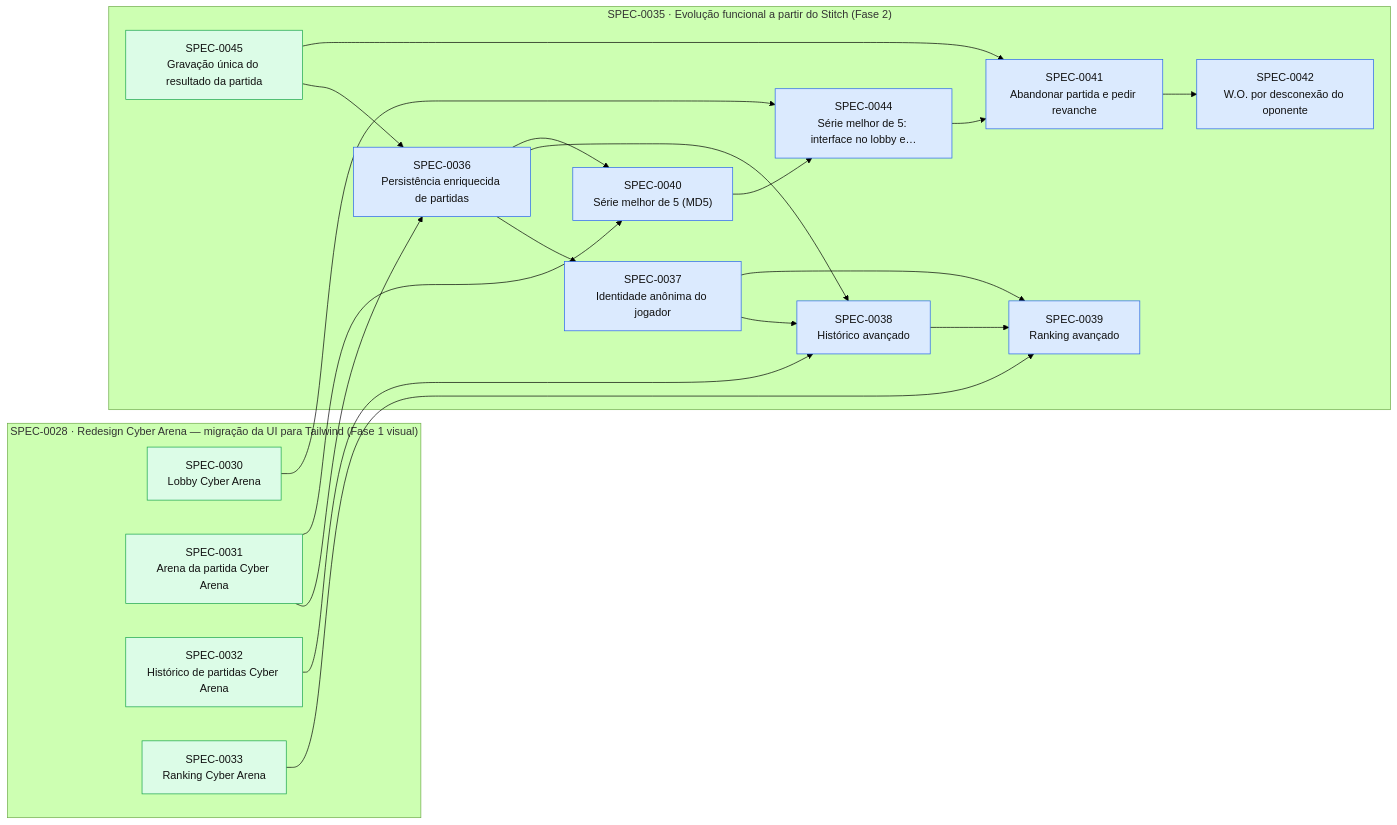
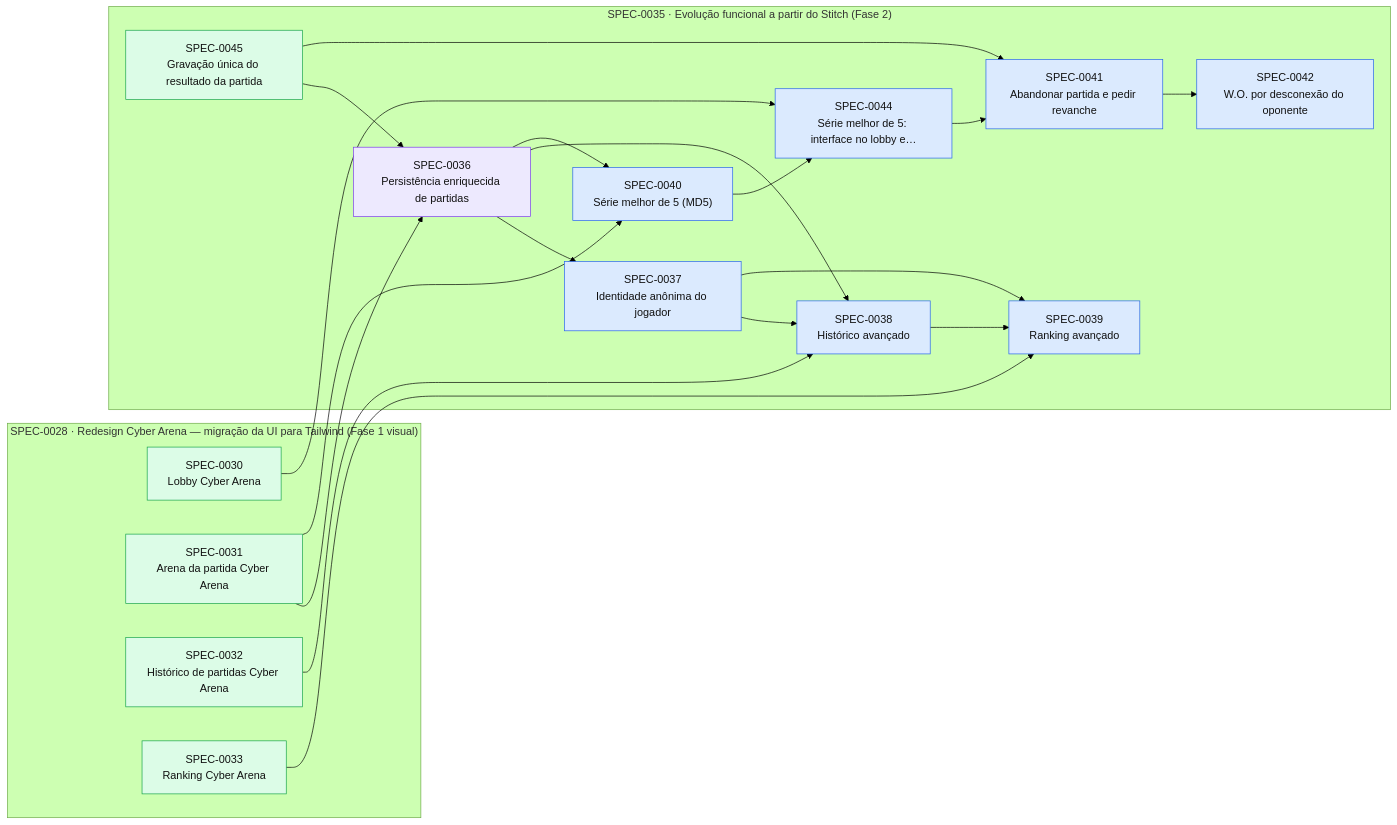
One commit to thomasravache/jogo-da-velha-multiplayer changed the diagram in docs/specs/INDEX.md. Above: the diagram before and after it, drawn with Mermaid (forest theme). The commit also changed other lines of this file and 1 other file, not shown here.

First line of the commit message:
docs(specs): registrar gates G1-G4 da SPEC-0036

````diff
--- a/docs/specs/INDEX.md
+++ b/docs/specs/INDEX.md
@@ -43,41 +43,41 @@
 ```mermaid
 flowchart LR
   subgraph E0028["SPEC-0028 · Redesign Cyber Arena — migração da UI para Tailwind (Fase 1 visual)"]
     S0030["SPEC-0030<br/>Lobby Cyber Arena"]:::implemented
     S0031["SPEC-0031<br/>Arena da partida Cyber Arena"]:::implemented
     S0032["SPEC-0032<br/>Histórico de partidas Cyber Arena"]:::implemented
     S0033["SPEC-0033<br/>Ranking Cyber Arena"]:::implemented
   end
   subgraph E0035["SPEC-0035 · Evolução funcional a partir do Stitch (Fase 2)"]
-    S0036["SPEC-0036<br/>Persistência enriquecida de partidas"]:::approved
+    S0036["SPEC-0036<br/>Persistência enriquecida de partidas"]:::inprogress
     S0037["SPEC-0037<br/>Identidade anônima do jogador"]:::approved
     S0038["SPEC-0038<br/>Histórico avançado"]:::approved
     S0039["SPEC-0039<br/>Ranking avançado"]:::approved
     S0040["SPEC-0040<br/>Série melhor de 5 (MD5)"]:::approved
     S0041["SPEC-0041<br/>Abandonar partida e pedir revanche"]:::approved
     S0042["SPEC-0042<br/>W.O. por desconexão do oponente"]:::approved
     S0044["SPEC-0044<br/>Série melhor de 5: interface no lobby e…"]:::approved
     S0045["SPEC-0045<br/>Gravação única do resultado da partida"]:::implemented
   end
   S0031 --> S0036
   S0045 --> S0036
   S0036 --> S0037
   S0032 --> S0038
   S0036 --> S0038
   S0037 --> S0038
   S0033 --> S0039
   S0037 --> S0039
   S0038 --> S0039
   S0031 --> S0040
   S0036 --> S0040
   S0044 --> S0041
   S0045 --> S0041
   S0041 --> S0042
   S0030 --> S0044
   S0040 --> S0044
   classDef proposed fill:#fef3c7,stroke:#d97706,color:#111
   classDef approved fill:#dbeafe,stroke:#2563eb,color:#111
   classDef inprogress fill:#ede9fe,stroke:#7c3aed,color:#111
   classDef implemented fill:#dcfce7,stroke:#16a34a,color:#111
   classDef deprecated fill:#f3f4f6,stroke:#9ca3af,color:#6b7280
 ```
````
